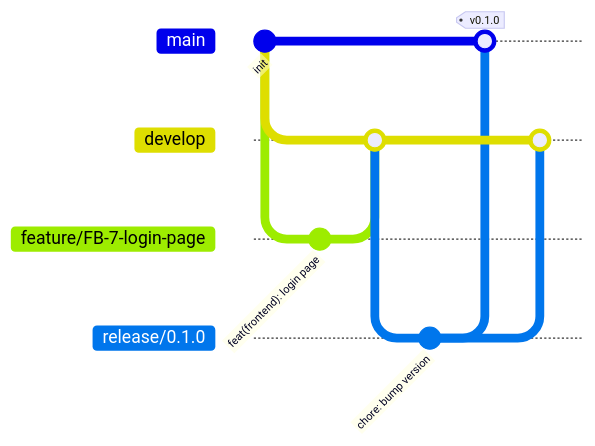
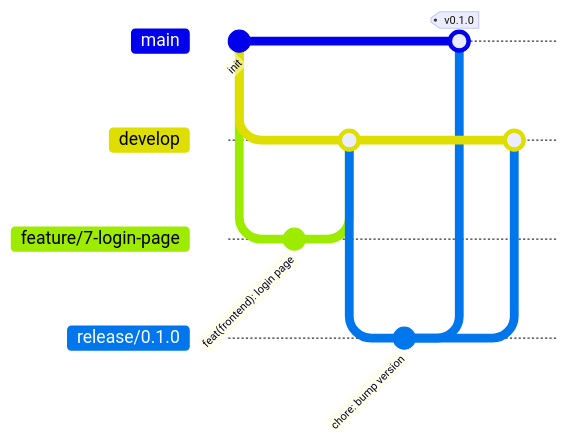
One commit to AbadieThomasPro/Gestion-de-projet changed the first of 2 diagrams in README.md. Above: the diagram before and after it, drawn with Mermaid. The commit also changed other lines of this file and 10 other files, not shown here.

````diff
--- a/README.md
+++ b/README.md
@@ -117,16 +119,16 @@
 ```mermaid
 gitGraph
     commit id: "init"
     branch develop
     checkout develop
-    branch feature/FB-7-login-page
+    branch feature/7-login-page
     commit id: "feat(frontend): login page"
     checkout develop
-    merge feature/FB-7-login-page
+    merge feature/7-login-page
     branch release/0.1.0
     commit id: "chore: bump version"
     checkout main
     merge release/0.1.0 tag: "v0.1.0"
     checkout develop
     merge release/0.1.0
 ```
````
